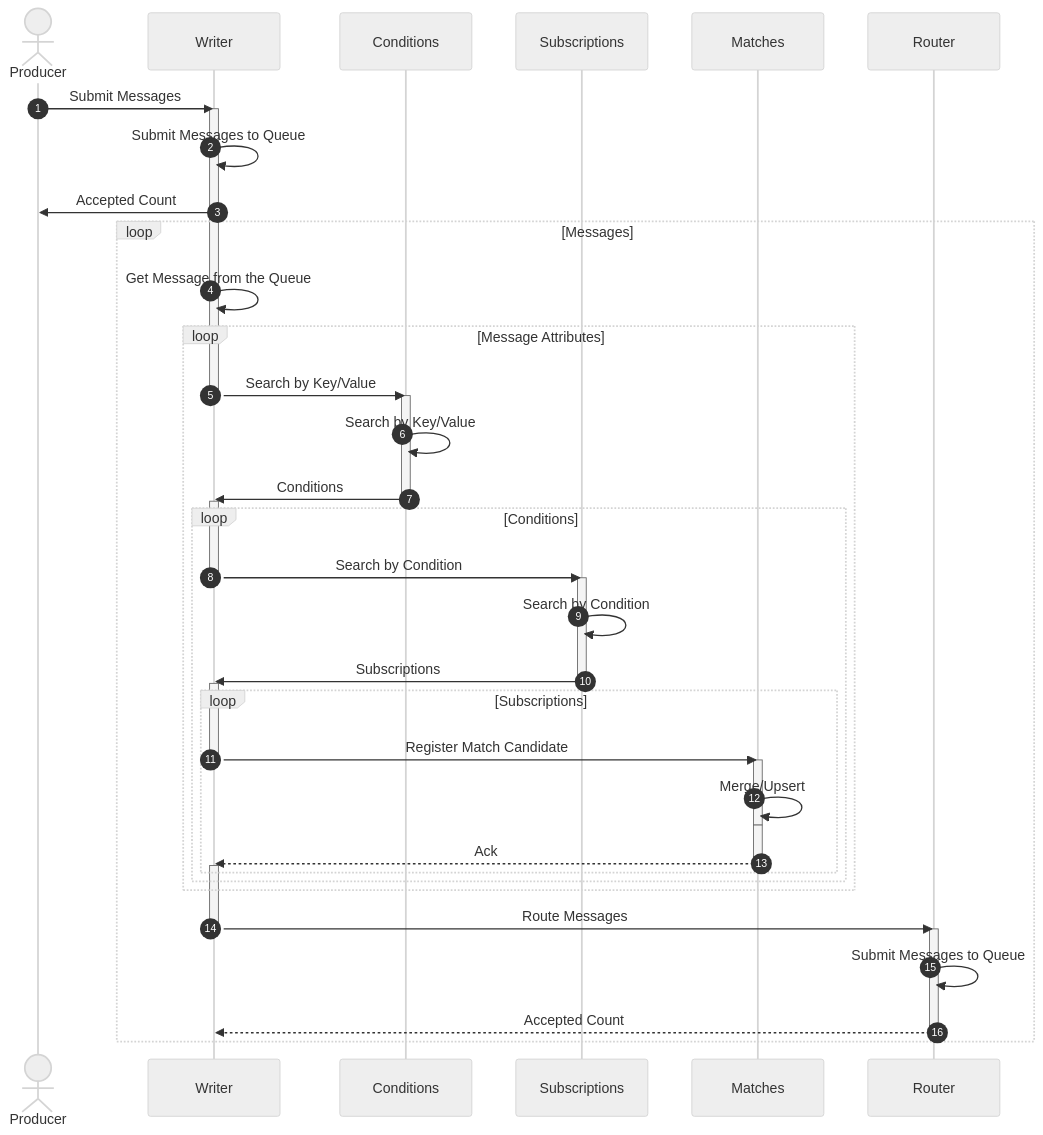
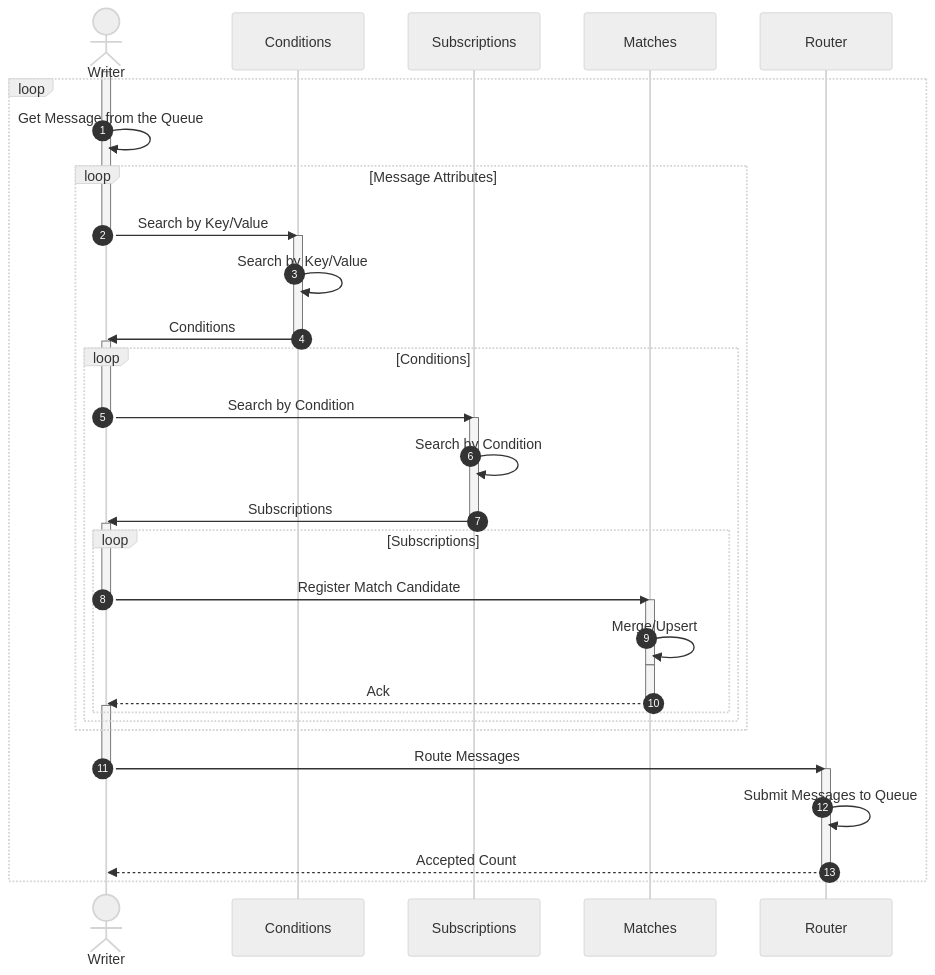
The first of 2 diagrams in profile/README.md (awakari/.github), drawn with Mermaid before and after one commit. The commit also changed other lines of this file, not shown here.

Commit message:
readme update

````diff
--- a/profile/README.md
+++ b/profile/README.md
@@ -121,75 +121,68 @@
 ```mermaid
 %%{init: {'theme': 'neutral' } }%%
 sequenceDiagram
 
     autonumber
 
-    actor Producer
-    participant Writer
+    actor Writer
     participant Conditions
     participant Subscriptions
     participant Matches
     participant Router
-
-    Producer->>Writer: Submit Messages
     
     activate Writer
-    Writer->>Writer: Submit Messages to Queue
-    Writer->>Producer: Accepted Count
-    
-    loop Messages
-    
+    loop
         Writer->>Writer: Get Message from the Queue
         
         loop Message Attributes
         
             Writer->>Conditions: Search by Key/Value
             deactivate Writer
             
             activate Conditions
             Conditions->>Conditions: Search by Key/Value
             Conditions->>Writer: Conditions
             deactivate Conditions
             
             activate Writer
             loop Conditions
                 
                 Writer->>Subscriptions: Search by Condition
                 deactivate Writer
                 
                 activate Subscriptions
                 Subscriptions->>Subscriptions: Search by Condition
                 Subscriptions->>Writer: Subscriptions
                 deactivate Subscriptions
                 
                 activate Writer
                 loop Subscriptions
                     
                     Writer->>Matches: Register Match Candidate
                     deactivate Writer
                     
                     activate Matches
                     Matches->>Matches: Merge/Upsert
                     deactivate Matches                  
                     
                     activate Matches
                     Matches-->>Writer: Ack
                     deactivate Matches
                     
                     activate Writer
                     
                 end
             end
         end
-        
+            
         Writer->>Router: Route Messages
         deactivate Writer
         
         activate Router
         Router->>Router: Submit Messages to Queue
         Router-->>Writer: Accepted Count
         deactivate Router
         
         activate Writer
     end
 ```
````
